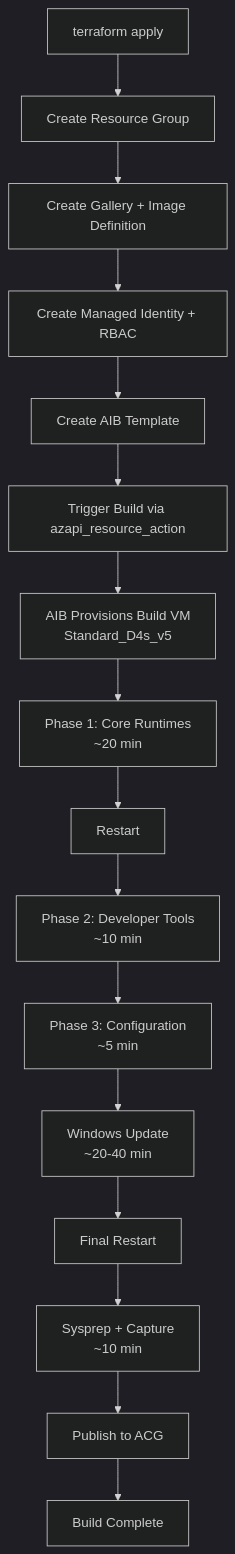
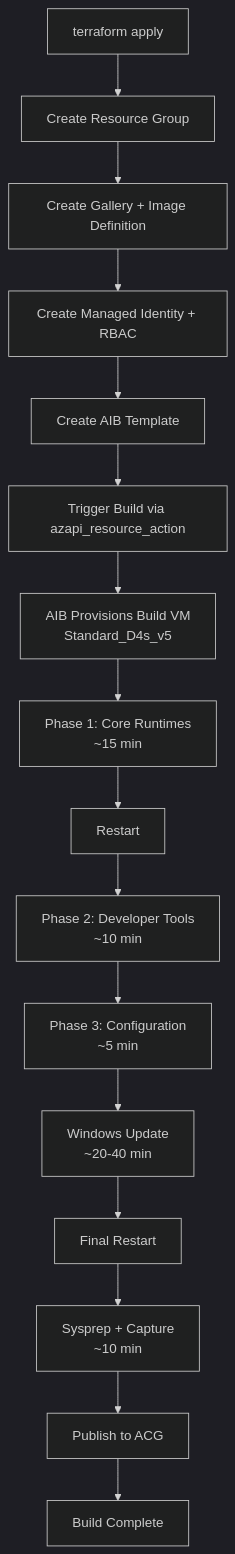
The diagram in chapters/ch14-building-the-image.md (kkaminsk/W365ClawBook), drawn with Mermaid (dark theme) before and after one commit. The commit also changed 9 other files, not shown here.

````diff
--- a/chapters/ch14-building-the-image.md
+++ b/chapters/ch14-building-the-image.md
@@ -31,18 +31,18 @@
 ```mermaid
 graph TD
     A[terraform apply] --> B[Create Resource Group]
     B --> C[Create Gallery + Image Definition]
     C --> D[Create Managed Identity + RBAC]
     D --> E[Create AIB Template]
     E --> F[Trigger Build via azapi_resource_action]
     F --> G[AIB Provisions Build VM<br/>Standard_D4s_v5]
-    G --> H[Phase 1: Core Runtimes<br/>~20 min]
+    G --> H[Phase 1: Core Runtimes<br/>~15 min]
     H --> I[Restart]
     I --> J[Phase 2: Developer Tools<br/>~10 min]
     J --> L[Phase 3: Configuration<br/>~5 min]
     L --> M[Windows Update<br/>~20-40 min]
     M --> N[Final Restart]
     N --> O[Sysprep + Capture<br/>~10 min]
     O --> P[Publish to ACG]
     P --> Q[Build Complete]
 ```
````
